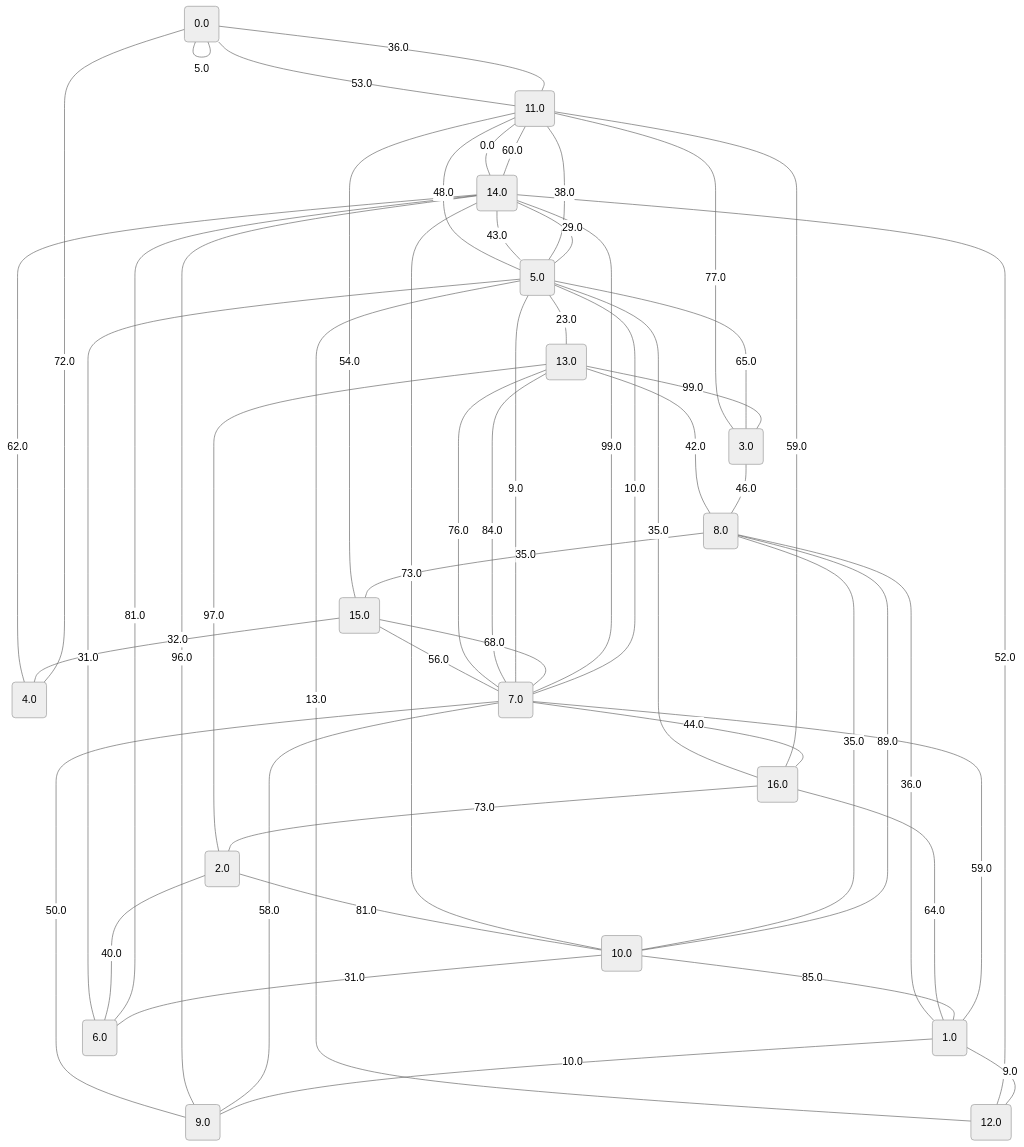
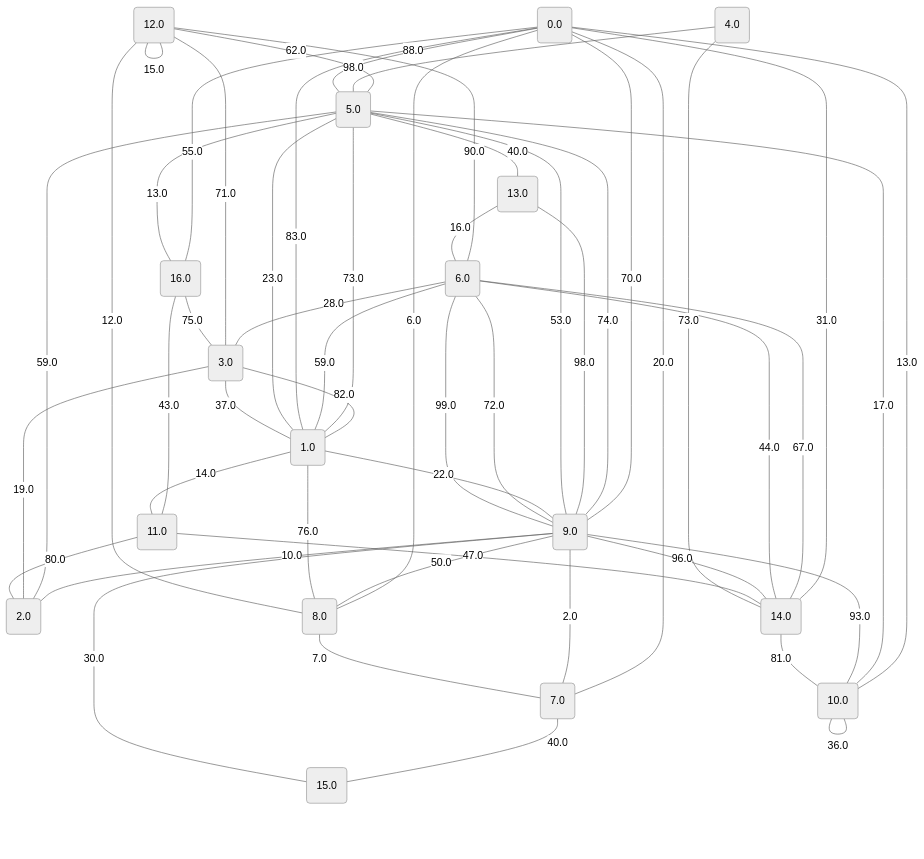
One commit to metury/graphs changed the diagram in project/src/testing/graphs/12.md. Above: the diagram before and after it, drawn with Mermaid (neutral theme). The commit also changed 34 other files, not shown here.

````diff
--- a/project/src/testing/graphs/12.md
+++ b/project/src/testing/graphs/12.md
@@ -1,71 +1,71 @@
 ```mermaid
 graph TD;
 	0("0.0");
 	1("1.0");
 	2("2.0");
 	3("3.0");
 	4("4.0");
 	5("5.0");
 	6("6.0");
 	7("7.0");
 	8("8.0");
 	9("9.0");
 	10("10.0");
 	11("11.0");
 	12("12.0");
 	13("13.0");
 	14("14.0");
 	15("15.0");
 	16("16.0");
-	8 -- "89.0" --- 10;
-	11 -- "60.0" --- 14;
-	5 -- "23.0" --- 13;
-	14 -- "29.0" --- 5;
-	12 -- "52.0" --- 14;
-	8 -- "35.0" --- 10;
-	13 -- "99.0" --- 3;
-	0 -- "72.0" --- 4;
-	11 -- "38.0" --- 5;
-	0 -- "36.0" --- 11;
-	1 -- "10.0" --- 9;
-	1 -- "36.0" --- 8;
-	15 -- "32.0" --- 4;
-	14 -- "0.0" --- 11;
-	2 -- "97.0" --- 13;
-	5 -- "10.0" --- 7;
-	10 -- "31.0" --- 6;
-	7 -- "58.0" --- 9;
-	14 -- "99.0" --- 7;
-	7 -- "76.0" --- 13;
-	15 -- "68.0" --- 7;
-	3 -- "46.0" --- 8;
-	7 -- "44.0" --- 16;
-	3 -- "77.0" --- 11;
-	14 -- "73.0" --- 10;
-	5 -- "65.0" --- 3;
-	7 -- "59.0" --- 1;
-	10 -- "85.0" --- 1;
-	1 -- "9.0" --- 12;
-	14 -- "43.0" --- 5;
-	16 -- "35.0" --- 5;
-	11 -- "59.0" --- 16;
-	14 -- "96.0" --- 9;
-	5 -- "9.0" --- 7;
-	8 -- "42.0" --- 13;
-	16 -- "64.0" --- 1;
-	11 -- "53.0" --- 0;
-	15 -- "54.0" --- 11;
-	6 -- "31.0" --- 5;
-	7 -- "56.0" --- 15;
-	14 -- "81.0" --- 6;
-	16 -- "73.0" --- 2;
-	7 -- "50.0" --- 9;
-	12 -- "13.0" --- 5;
-	2 -- "81.0" --- 10;
-	2 -- "40.0" --- 6;
-	14 -- "62.0" --- 4;
-	0 -- "5.0" --- 0;
-	13 -- "84.0" --- 7;
-	11 -- "48.0" --- 5;
-	8 -- "35.0" --- 15;
+	1 -- "14.0" --- 11;
+	13 -- "16.0" --- 6;
+	10 -- "93.0" --- 9;
+	10 -- "17.0" --- 5;
+	10 -- "13.0" --- 0;
+	12 -- "12.0" --- 8;
+	1 -- "76.0" --- 8;
+	14 -- "67.0" --- 6;
+	11 -- "80.0" --- 2;
+	1 -- "59.0" --- 6;
+	7 -- "20.0" --- 0;
+	14 -- "81.0" --- 10;
+	9 -- "30.0" --- 15;
+	12 -- "90.0" --- 6;
+	3 -- "37.0" --- 1;
+	5 -- "40.0" --- 13;
+	0 -- "88.0" --- 5;
+	5 -- "23.0" --- 1;
+	6 -- "99.0" --- 9;
+	8 -- "7.0" --- 7;
+	16 -- "75.0" --- 3;
+	7 -- "40.0" --- 15;
+	1 -- "73.0" --- 5;
+	10 -- "36.0" --- 10;
+	12 -- "15.0" --- 12;
+	12 -- "71.0" --- 3;
+	16 -- "43.0" --- 11;
+	6 -- "28.0" --- 3;
+	1 -- "82.0" --- 3;
+	14 -- "31.0" --- 0;
+	6 -- "72.0" --- 9;
+	4 -- "98.0" --- 5;
+	4 -- "73.0" --- 14;
+	1 -- "22.0" --- 9;
+	3 -- "19.0" --- 2;
+	9 -- "50.0" --- 8;
+	11 -- "47.0" --- 14;
+	5 -- "13.0" --- 16;
+	5 -- "59.0" --- 2;
+	0 -- "55.0" --- 16;
+	5 -- "53.0" --- 9;
+	9 -- "96.0" --- 14;
+	9 -- "2.0" --- 7;
+	9 -- "74.0" --- 5;
+	8 -- "6.0" --- 0;
+	0 -- "83.0" --- 1;
+	13 -- "98.0" --- 9;
+	9 -- "70.0" --- 0;
+	9 -- "10.0" --- 2;
+	12 -- "62.0" --- 5;
+	6 -- "44.0" --- 14;
 ```
````
